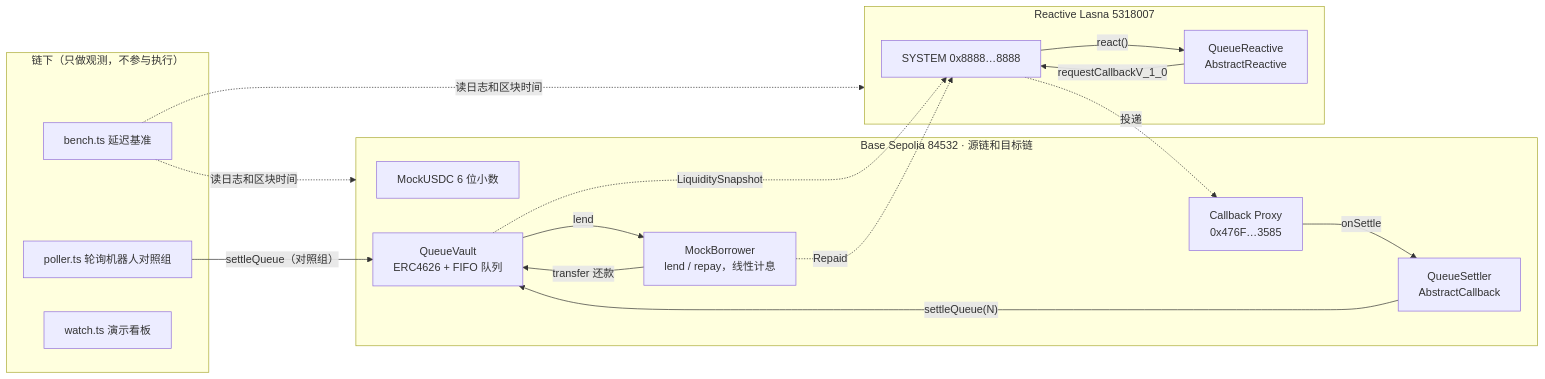
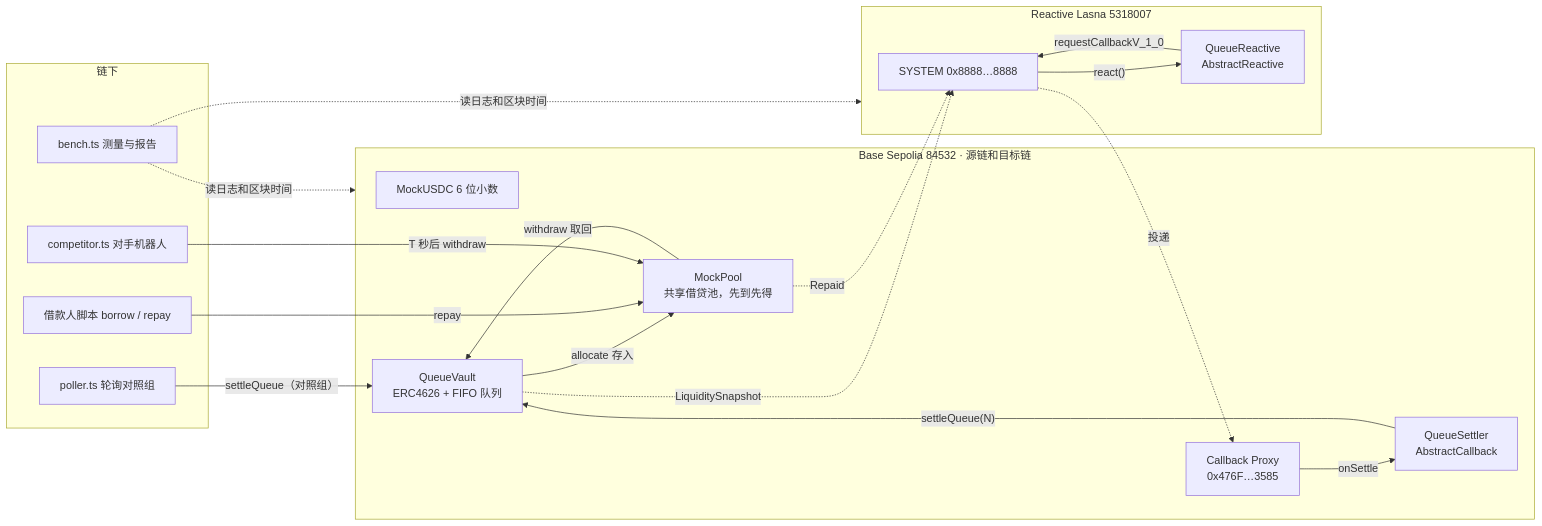
The third of 5 diagrams in docs/即时结算提款队列-产品与技术方案.md (debugzhao/reactive-hackathon), drawn with Mermaid before and after one commit. The commit also changed other lines of this file, not shown here.

````diff
--- a/docs/即时结算提款队列-产品与技术方案.md
+++ b/docs/即时结算提款队列-产品与技术方案.md
@@ -170,31 +185,34 @@
 ```mermaid
 flowchart LR
     subgraph BASE["Base Sepolia 84532 · 源链和目标链"]
         USDC["MockUSDC 6 位小数"]
         V["QueueVault<br/>ERC4626 + FIFO 队列"]
-        B["MockBorrower<br/>lend / repay，线性计息"]
+        POOL["MockPool<br/>共享借贷池，先到先得"]
         PX["Callback Proxy<br/>0x476F…3585"]
         S["QueueSettler<br/>AbstractCallback"]
     end
     subgraph LASNA["Reactive Lasna 5318007"]
         SYS["SYSTEM 0x8888…8888"]
         R["QueueReactive<br/>AbstractReactive"]
     end
-    subgraph OFF["链下（只做观测，不参与执行）"]
-        BENCH["bench.ts 延迟基准"]
-        POLL["poller.ts 轮询机器人对照组"]
-        WATCH["watch.ts 演示看板"]
+    subgraph OFF["链下"]
+        BOR["借款人脚本 borrow / repay"]
+        COMP["competitor.ts 对手机器人"]
+        POLL["poller.ts 轮询对照组"]
+        BENCH["bench.ts 测量与报告"]
     end
-    B -- "transfer 还款" --> V
-    V -- "lend" --> B
+    V -- "allocate 存入" --> POOL
+    POOL -- "withdraw 取回" --> V
+    BOR -- "repay" --> POOL
+    COMP -- "T 秒后 withdraw" --> POOL
     V -. "LiquiditySnapshot" .-> SYS
-    B -. "Repaid" .-> SYS
+    POOL -. "Repaid" .-> SYS
     SYS -- "react()" --> R
     R -- "requestCallbackV_1_0" --> SYS
     SYS -. "投递" .-> PX
     PX -- "onSettle" --> S
     S -- "settleQueue(N)" --> V
     POLL -- "settleQueue（对照组）" --> V
     BENCH -. "读日志和区块时间" .-> BASE
     BENCH -. "读日志和区块时间" .-> LASNA
 ```
````
